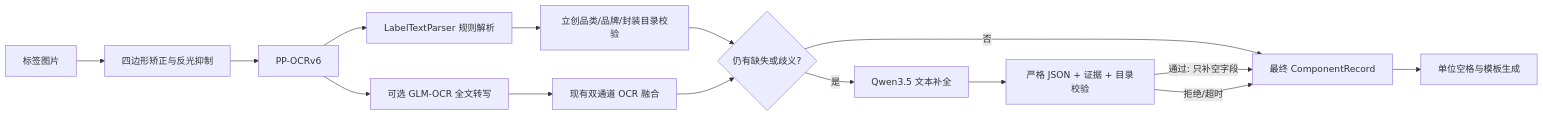
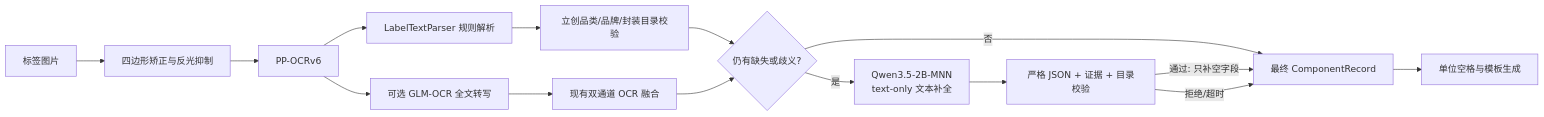
Before and after one commit to onexs-xsi/otool_eprint_tool: the diagram in docs/qwen35_deployment_plan_0820.md, drawn with Mermaid. The commit also changed other lines of this file, not shown here.

Commit message:
docs: refine Qwen3.5 text-only deployment plan

````diff
--- a/docs/qwen35_deployment_plan_0820.md
+++ b/docs/qwen35_deployment_plan_0820.md
@@ -14,17 +19,18 @@
 ```mermaid
 flowchart LR
     A[标签图片] --> B[四边形矫正与反光抑制]
     B --> C[PP-OCRv6]
     C --> D[LabelTextParser 规则解析]
     D --> E[立创品类/品牌/封装目录校验]
     C --> F[可选 GLM-OCR 全文转写]
     F --> G[现有双通道 OCR 融合]
     E --> H{仍有缺失或歧义?}
     G --> H
     H -- 否 --> K[最终 ComponentRecord]
-    H -- 是 --> I[Qwen3.5 文本补全]
+    H -- 是 --> I[Qwen3.5-2B-MNN
+    text-only 文本补全]
     I --> J[严格 JSON + 证据 + 目录校验]
     J -- 通过: 只补空字段 --> K
     J -- 拒绝/超时 --> K
     K --> L[单位空格与模板生成]
 ```
````
